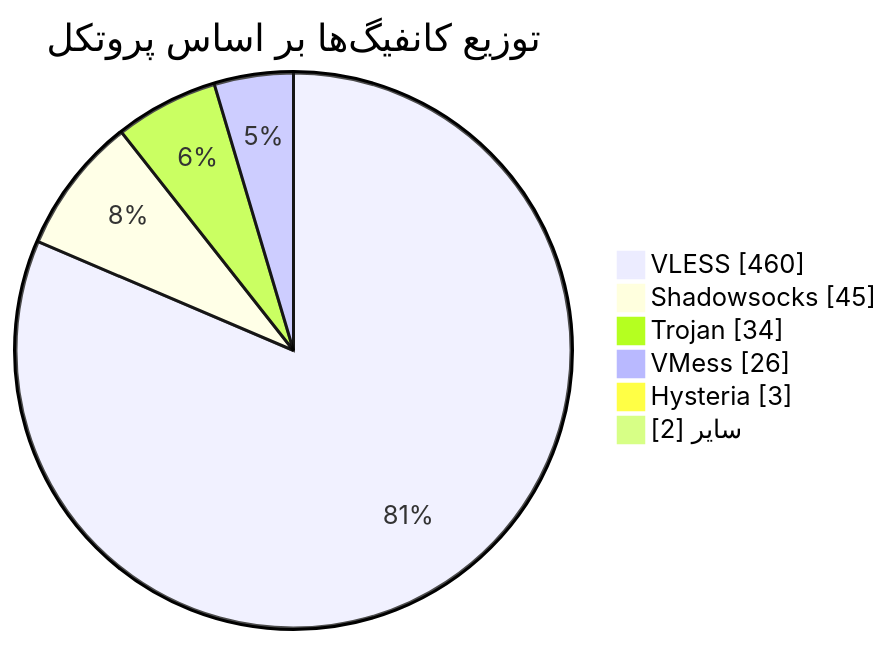
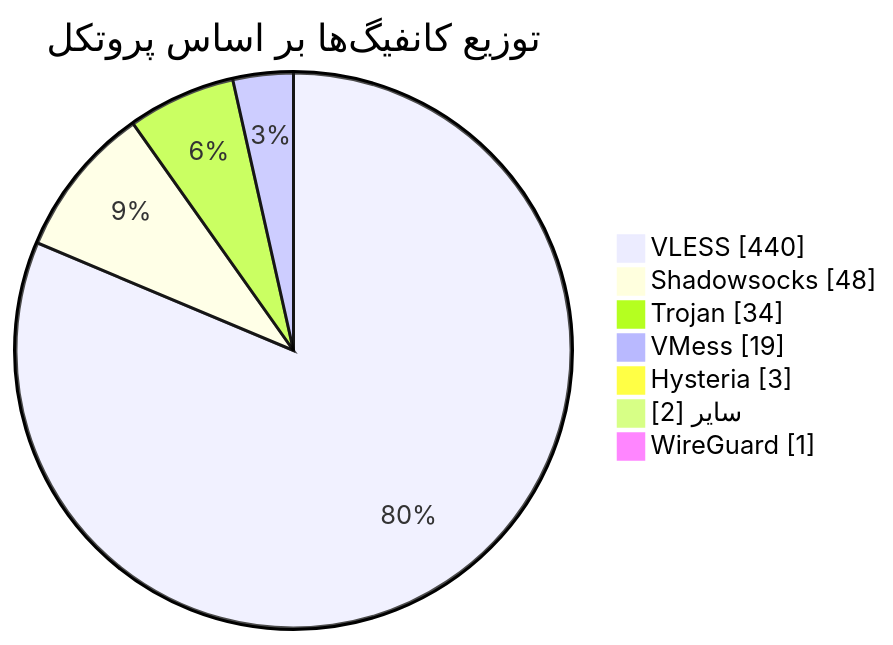
One commit to Arian-Alijani/Somthing changed the diagram in README.md. Above: the diagram before and after it, drawn with Mermaid. The commit also changed other lines of this file and 81 other files, not shown here.

````diff
--- a/README.md
+++ b/README.md
@@ -48,10 +49,11 @@
 ```mermaid
 pie showData
     title توزیع کانفیگ‌ها بر اساس پروتکل
-    "VLESS" : 460
-    "Shadowsocks" : 45
+    "VLESS" : 440
+    "Shadowsocks" : 48
     "Trojan" : 34
-    "VMess" : 26
+    "VMess" : 19
     "Hysteria" : 3
     "سایر" : 2
+    "WireGuard" : 1
 ```
````
